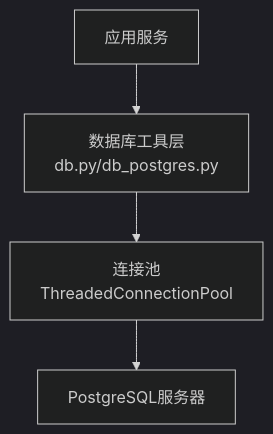
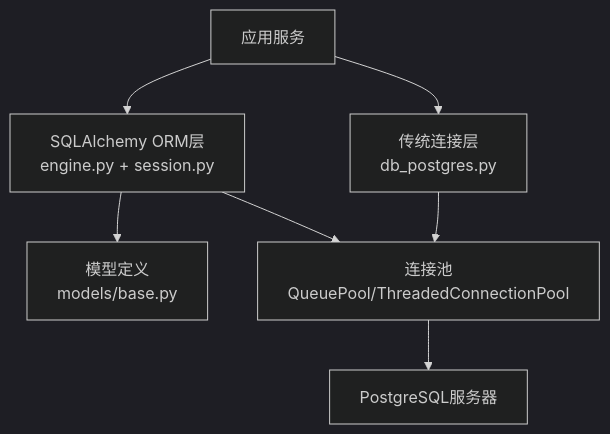
Before and after one commit to joezxh/QuantDinger: the second of 6 diagrams in .qoder/repowiki/zh/content/配置管理/数据库配置.md, drawn with Mermaid (dark theme). The commit also changed other lines of this file and 27 other files, not shown here.

````diff
--- a/.qoder/repowiki/zh/content/配置管理/数据库配置.md
+++ b/.qoder/repowiki/zh/content/配置管理/数据库配置.md
@@ -94,10 +109,15 @@
 ```mermaid
 graph TB
 APP["应用服务"]
-UTIL["数据库工具层<br/>db.py/db_postgres.py"]
-POOL["连接池<br/>ThreadedConnectionPool"]
+ORM["SQLAlchemy ORM层<br/>engine.py + session.py"]
+LEGACY["传统连接层<br/>db_postgres.py"]
+MODELS["模型定义<br/>models/base.py"]
+POOL["连接池<br/>QueuePool/ThreadedConnectionPool"]
 PG["PostgreSQL服务器"]
-APP --> UTIL
-UTIL --> POOL
+APP --> ORM
+APP --> LEGACY
+ORM --> MODELS
+ORM --> POOL
+LEGACY --> POOL
 POOL --> PG
 ```
````
